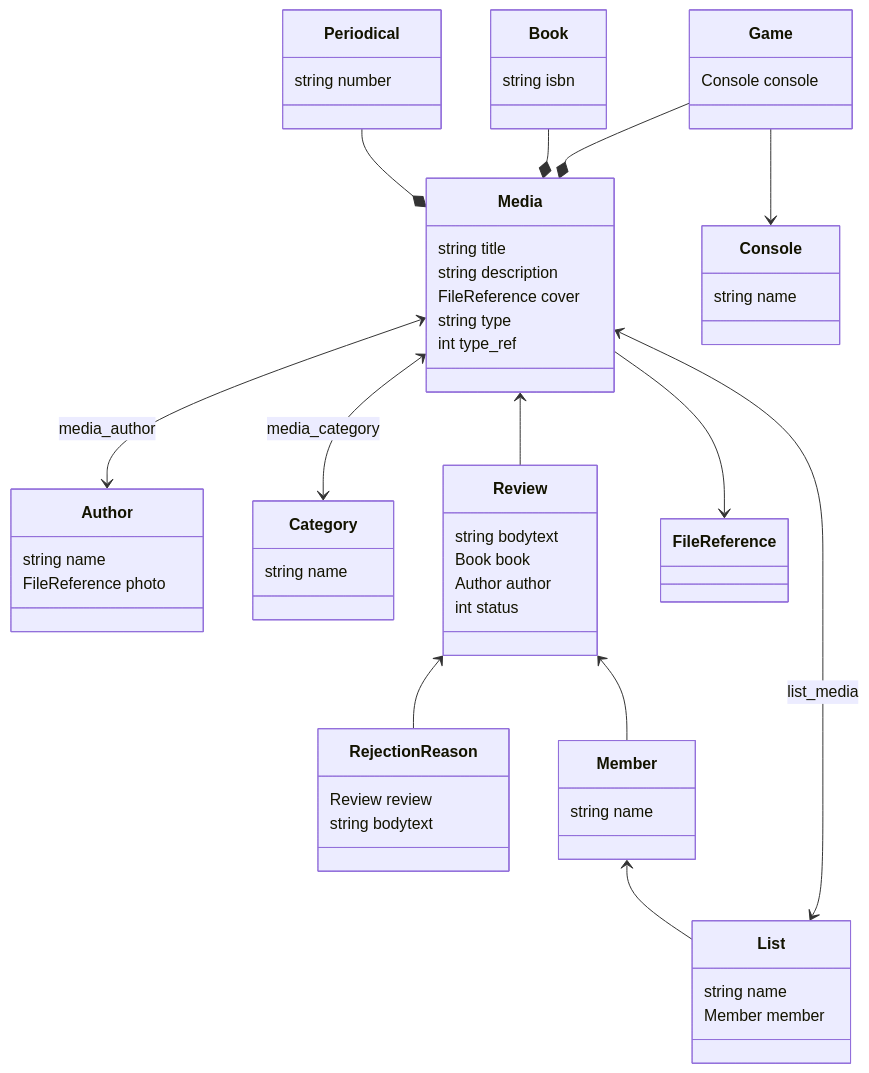
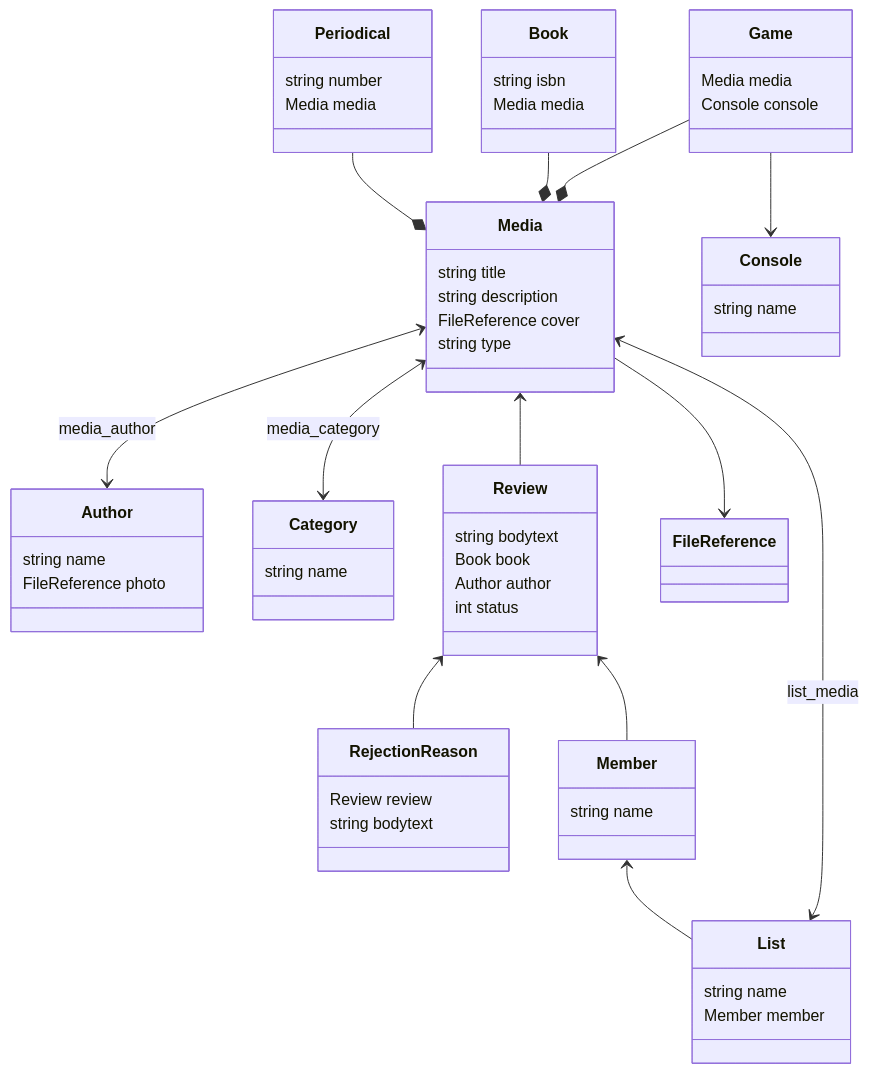
Before and after one commit to asakurayoh/extension-typo3: the diagram in class_diagram.md, drawn with Mermaid.

````diff
--- a/class_diagram.md
+++ b/class_diagram.md
@@ -3,74 +3,76 @@
 ```mermaid
 classDiagram
 
     class Media {
         string title
         string description
         FileReference cover
         string type
-        int type_ref
     }
 
     class Book {
         string isbn
+        Media media
     }
 
     class Periodical {
         string number
+        Media media
     }
     
     class Game {
+        Media media
         Console console
     }
     
     class Console {
         string name
     }
 
     class Author{
         string name
         FileReference photo
     }
 
     class Category {
         string name
     }
 
     class Review {
         string bodytext
         Book book
         Author author
         int status
     }
 
     class RejectionReason {
         Review review
         string bodytext
     }
 
     class Member {
         string name
     }
 
     class List {
         string name
         Member member
     }
 
     class FileReference {
 
     }
 
     Periodical --* Media
     Book --* Media
     Game --* Media
     Media <--> Author : media_author
     Media <--> Category : media_category
     Media --> FileReference
     Media <-- Review
     Review <-- RejectionReason
     Review <-- Member
     Member <-- List
     Media <--> List : list_media
     Game --> Console
 ```
````
